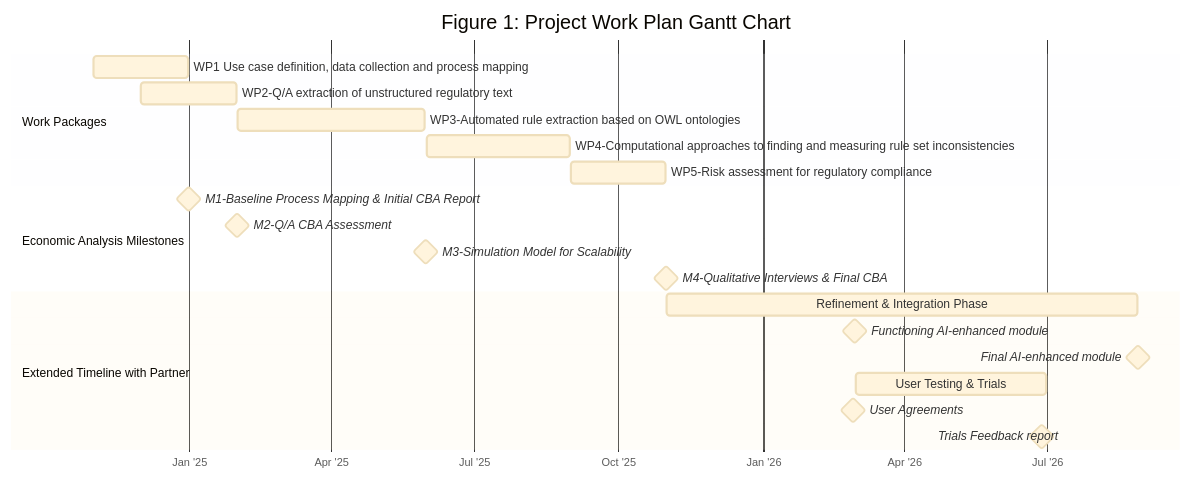
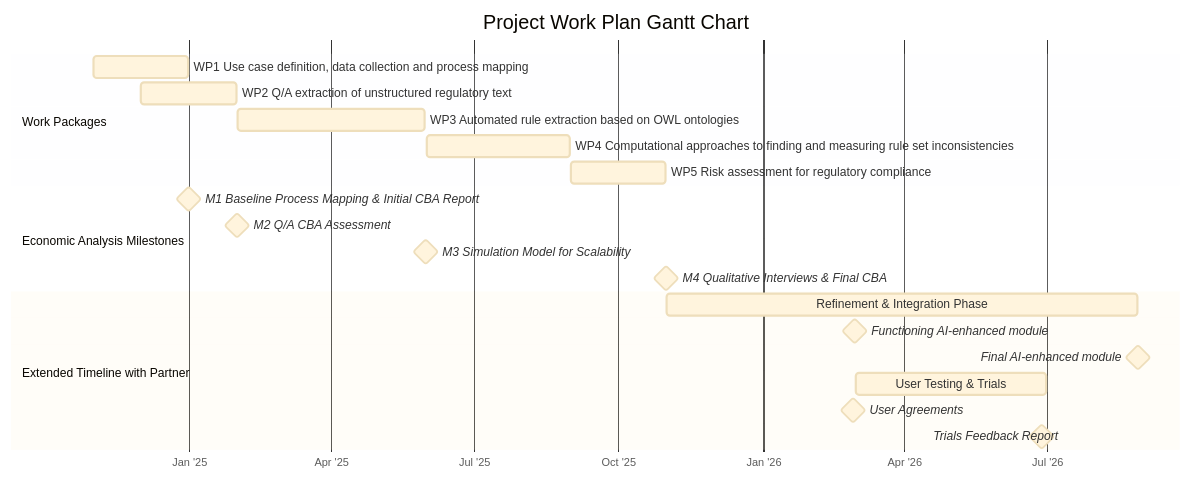
The diagram in index.qmd (quinfer/Economics-of-RAG), drawn with Mermaid before and after one commit. The commit also changed other lines of this file and 2 other files, not shown here.

````diff
--- a/index.qmd
+++ b/index.qmd
@@ -259,29 +237,30 @@
 ```{mermaid}
+
 %%{init: {'theme': 'base', 'themeVariables': { 'fontFamily': 'arial', 'fontSize': '10px'}}}%%
 gantt
-    title Figure 1: Project Work Plan Gantt Chart
+    title Project Work Plan Gantt Chart
     dateFormat YYYY-MM-DD
     axisFormat %b '%y
     todayMarker off
     
     section Work Packages
     WP1 Use case definition, data collection and process mapping :2024-11-01, 2024-12-31
-    WP2-Q/A extraction of unstructured regulatory text :2024-12-01, 2025-01-31
-    WP3-Automated rule extraction based on OWL ontologies :2025-02-01, 2025-05-31
-    WP4-Computational approaches to finding and measuring rule set inconsistencies :2025-06-01, 2025-08-31
-    WP5-Risk assessment for regulatory compliance :2025-09-01, 2025-10-31
+    WP2 Q/A extraction of unstructured regulatory text :2024-12-01, 2025-01-31
+    WP3 Automated rule extraction based on OWL ontologies :2025-02-01, 2025-05-31
+    WP4 Computational approaches to finding and measuring rule set inconsistencies :2025-06-01, 2025-08-31
+    WP5 Risk assessment for regulatory compliance :2025-09-01, 2025-10-31
 
     section Economic Analysis Milestones
-    M1-Baseline Process Mapping & Initial CBA Report  :milestone, 2024-12-31, 1d
-    M2-Q/A CBA Assessment :milestone, 2025-01-31, 1d
-    M3-Simulation Model for Scalability :milestone, 2025-05-31, 1d
-    M4-Qualitative Interviews & Final CBA :milestone, 2025-10-31, 1d
+    M1 Baseline Process Mapping & Initial CBA Report :milestone, 2024-12-31, 1d
+    M2 Q/A CBA Assessment :milestone, 2025-01-31, 1d
+    M3 Simulation Model for Scalability :milestone, 2025-05-31, 1d
+    M4 Qualitative Interviews & Final CBA :milestone, 2025-10-31, 1d
 
     section Extended Timeline with Partner
-    Refinement & Integration Phase :a1,2025-11-01, 2026-08-27
+    Refinement & Integration Phase :2025-11-01, 2026-08-27
     Functioning AI-enhanced module :milestone, 2026-02-28, 1d
     Final AI-enhanced module :milestone, 2026-08-27, 1d
     User Testing & Trials :2026-03-01, 2026-06-30
     User Agreements :milestone, 2026-02-27, 1d
-    Trials Feedback report :milestone, 2026-06-27, 1d
+    Trials Feedback Report :milestone, 2026-06-27, 1d
 ```
````
